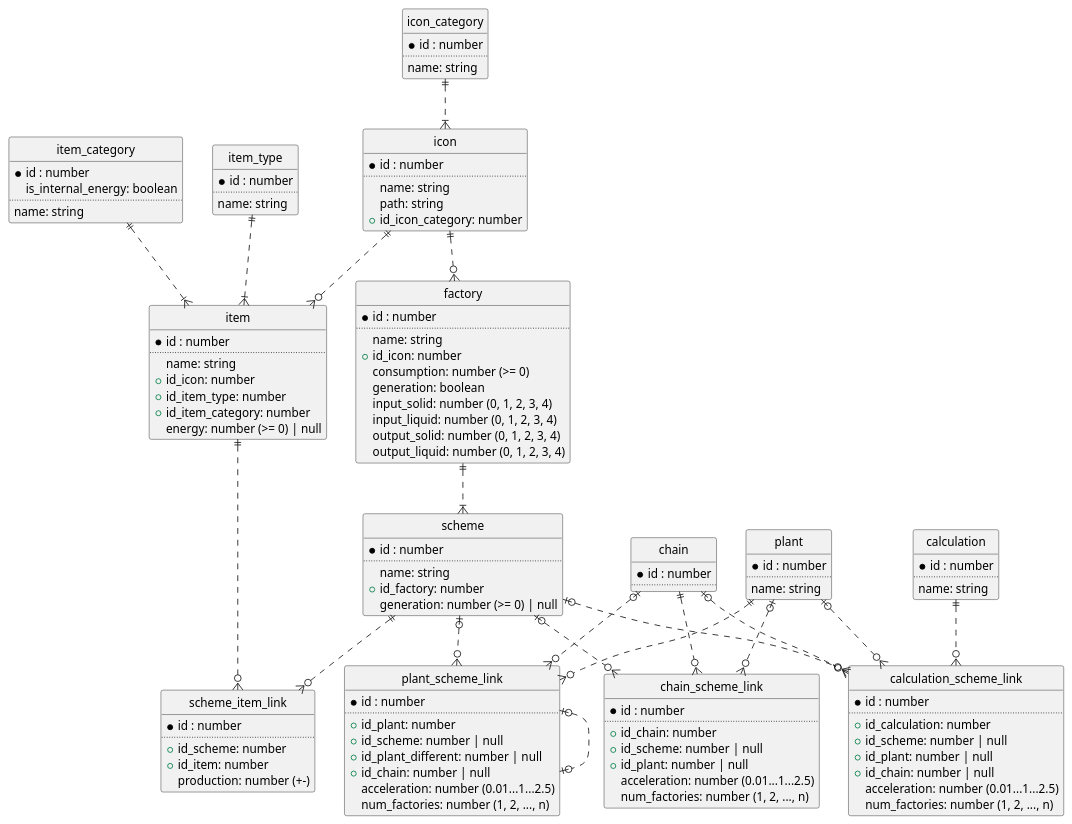
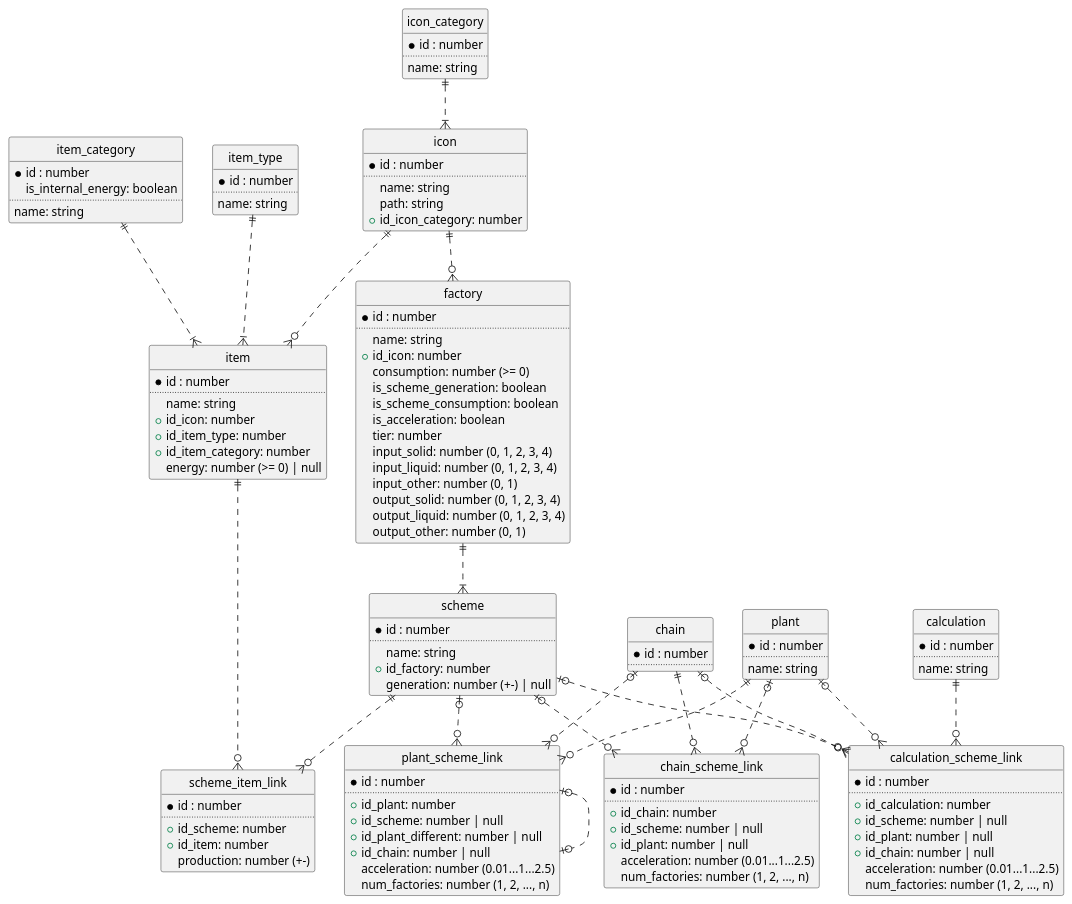
One commit to Shahimat/SatisfactoryCalculator changed the diagram in docs/scheme/model.puml. Above: the diagram before and after it, drawn with PlantUML.

Commit message:
docs[model]: factory changes

```diff
--- a/docs/scheme/model.puml
+++ b/docs/scheme/model.puml
@@ -1,144 +1,149 @@
 @startuml
 
 ' hide the spot
 hide circle
 
 ' avoid problems with angled crows feet
 ' skinparam linetype ortho
 
 entity item_type {
   *id : number
   ..
   name: string
 }
 
 entity item_category {
   *id : number
   is_internal_energy: boolean
   ..
   name: string
 }
 
 entity icon_category {
   *id : number
   ..
   name: string
 }
 
 entity icon {
   *id : number
   ..
   name: string
   path: string
   +id_icon_category: number
 }
 
 entity item {
   *id : number
   ..
   name: string
   +id_icon: number
   +id_item_type: number
   +id_item_category: number
   energy: number (>= 0) | null
 }
 
 entity factory {
   *id : number
   ..
   name: string
   +id_icon: number
   consumption: number (>= 0)
-  generation: boolean
+  is_scheme_generation: boolean
+  is_scheme_consumption: boolean
+  is_acceleration: boolean
+  tier: number
   input_solid: number (0, 1, 2, 3, 4)
   input_liquid: number (0, 1, 2, 3, 4)
+  input_other: number (0, 1)
   output_solid: number (0, 1, 2, 3, 4)
   output_liquid: number (0, 1, 2, 3, 4)
+  output_other: number (0, 1)
 }
 
 entity scheme {
   *id : number
   ..
   name: string
   +id_factory: number
-  generation: number (>= 0) | null
+  generation: number (+-) | null
 }
 
 entity scheme_item_link {
   *id : number
   ..
   +id_scheme: number
   +id_item: number
   production: number (+-)
 }
 
 entity plant {
   *id : number
   ..
   name: string
 }
 
 entity chain {
   *id : number
   ..
 }
 
 entity calculation {
   *id : number
   ..
   name: string
 }
 
 entity plant_scheme_link {
   *id : number
   ..
   +id_plant: number
   +id_scheme: number | null
   +id_plant_different: number | null
   +id_chain: number | null
   acceleration: number (0.01...1...2.5)
   num_factories: number (1, 2, ..., n)
 }
 
 entity chain_scheme_link {
   *id : number
   ..
   +id_chain: number
   +id_scheme: number | null
   +id_plant: number | null
   acceleration: number (0.01...1...2.5)
   num_factories: number (1, 2, ..., n)
 }
 
 entity calculation_scheme_link {
   *id : number
   ..
   +id_calculation: number
   +id_scheme: number | null
   +id_plant: number | null
   +id_chain: number | null
   acceleration: number (0.01...1...2.5)
   num_factories: number (1, 2, ..., n)
 }
 
 icon_category ||..|{ icon
 icon ||..o{ item
 item_type ||..|{ item
 item_category ||..|{ item
 icon ||..o{ factory
 factory ||..|{ scheme
 item ||..o{ scheme_item_link
 scheme ||..o{ scheme_item_link
 plant ||..o{ plant_scheme_link  
 scheme |o..o{ plant_scheme_link
 plant_scheme_link |o..o| plant_scheme_link
 chain |o..o{ plant_scheme_link
 chain ||..o{ chain_scheme_link
 scheme |o..o{ chain_scheme_link
 plant |o..o{ chain_scheme_link
 calculation ||..o{ calculation_scheme_link
 scheme |o..o{ calculation_scheme_link
 plant |o..o{ calculation_scheme_link
 chain |o..o{ calculation_scheme_link
 
 @enduml
```
